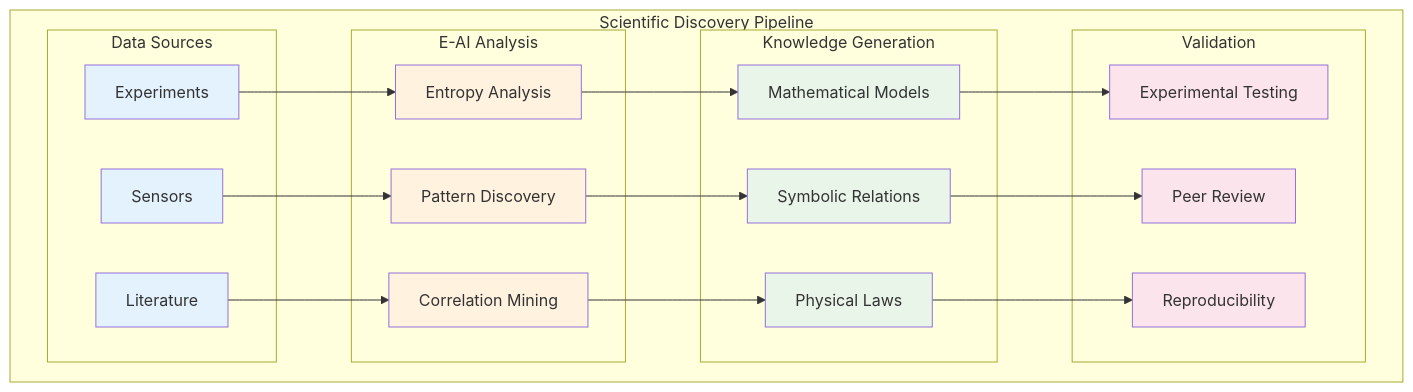
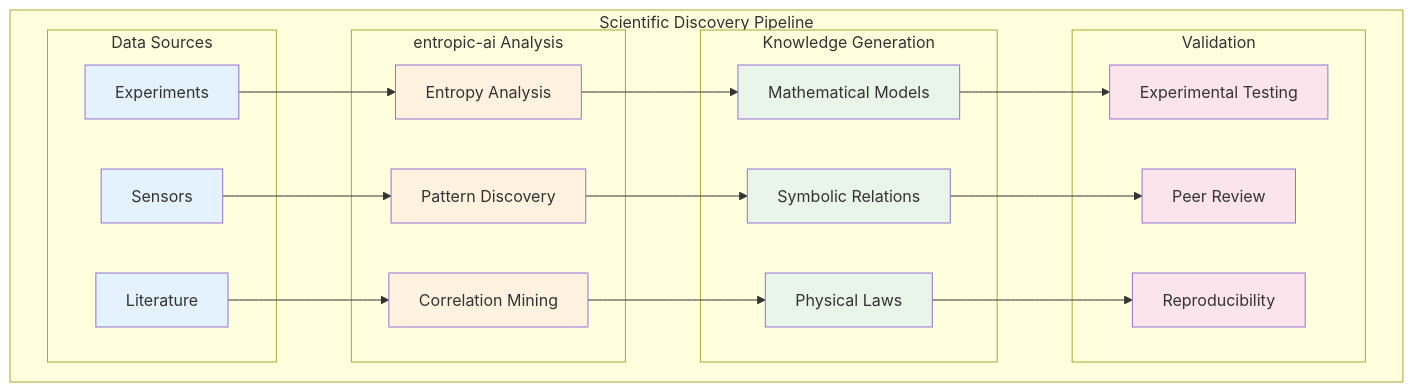
Diagram 25 of 32 in docs/about/paper.md (krish567366/Entropic-AI), drawn with Mermaid before and after one commit. The commit also changed other lines of this file and 37 other files, not shown here.

````diff
--- a/docs/about/paper.md
+++ b/docs/about/paper.md
@@ -746,53 +746,53 @@
 ```mermaid
 graph TB
     subgraph "Scientific Discovery Pipeline"
         subgraph "Data Sources"
             A1[Experiments]
             A2[Sensors]  
             A3[Literature]
         end
         
-        subgraph "E-AI Analysis"
+        subgraph "entropic-ai Analysis"
             B1[Entropy Analysis]
             B2[Pattern Discovery]
             B3[Correlation Mining]
         end
         
         subgraph "Knowledge Generation"
             C1[Mathematical Models]
             C2[Symbolic Relations]
             C3[Physical Laws]
         end
         
         subgraph "Validation"
             D1[Experimental Testing]
             D2[Peer Review]
             D3[Reproducibility]
         end
         
         A1 --> B1
         A2 --> B2
         A3 --> B3
         
         B1 --> C1
         B2 --> C2
         B3 --> C3
         
         C1 --> D1
         C2 --> D2
         C3 --> D3
     end
     
     style A1 fill:#e3f2fd
     style B1 fill:#fff3e0
     style C1 fill:#e8f5e8
     style D1 fill:#fce4ec
     style A2 fill:#e3f2fd
     style B2 fill:#fff3e0
     style C2 fill:#e8f5e8
     style D2 fill:#fce4ec
     style A3 fill:#e3f2fd
     style B3 fill:#fff3e0
     style C3 fill:#e8f5e8
     style D3 fill:#fce4ec
 ```
````
